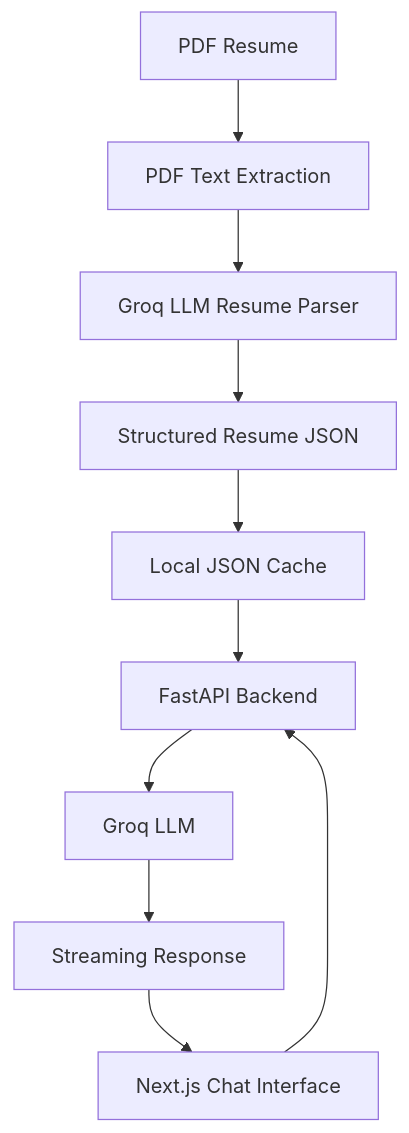
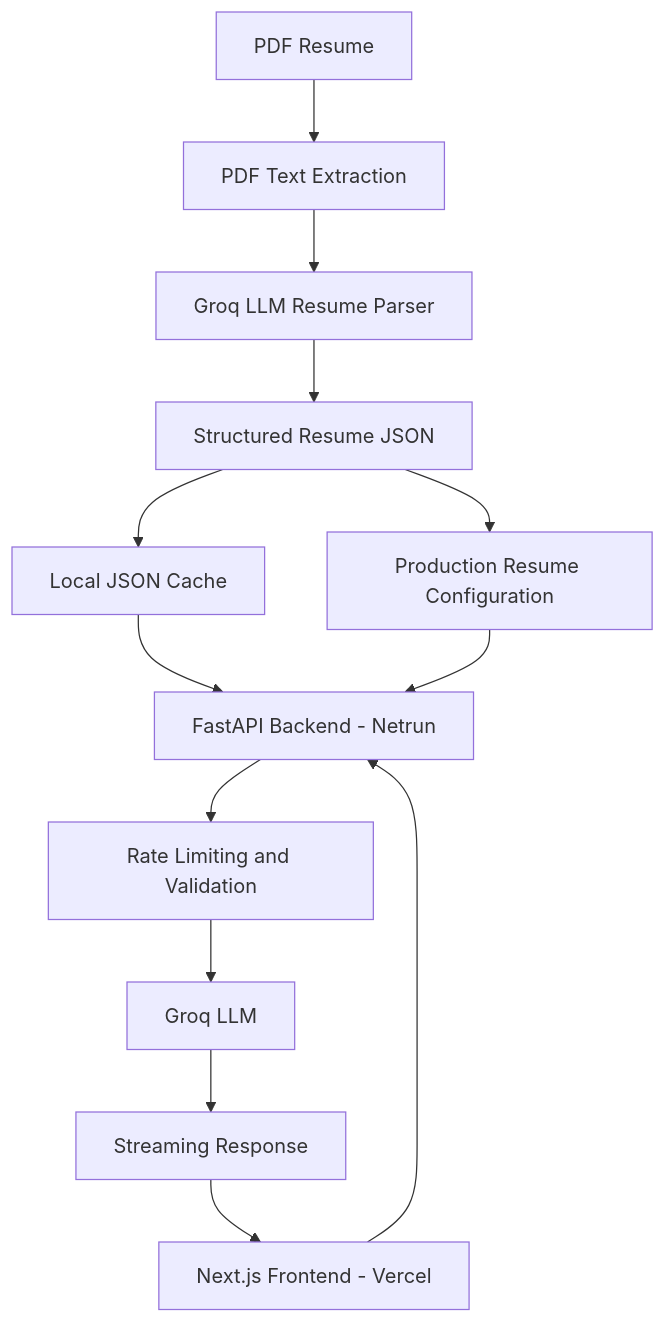
Before and after one commit to mughees7984/AI-Engineering-Journey: the diagram in week2/hiremeai/README.md, drawn with Mermaid. The commit also changed other lines of this file, not shown here.

Commit message:
docs: update README with live deployment and API security

````diff
--- a/week2/hiremeai/README.md
+++ b/week2/hiremeai/README.md
@@ -48,12 +69,16 @@
 ```mermaid
 flowchart TD
     A[PDF Resume] --> B[PDF Text Extraction]
     B --> C[Groq LLM Resume Parser]
     C --> D[Structured Resume JSON]
     D --> E[Local JSON Cache]
-    F[Next.js Chat Interface] --> G[FastAPI Backend]
+    D --> P[Production Resume Configuration]
+
+    F[Next.js Frontend - Vercel] --> G[FastAPI Backend - Netrun]
     E --> G
-    G --> H[Groq LLM]
+    P --> G
+    G --> R[Rate Limiting and Validation]
+    R --> H[Groq LLM]
     H --> I[Streaming Response]
     I --> F
 ```
````
